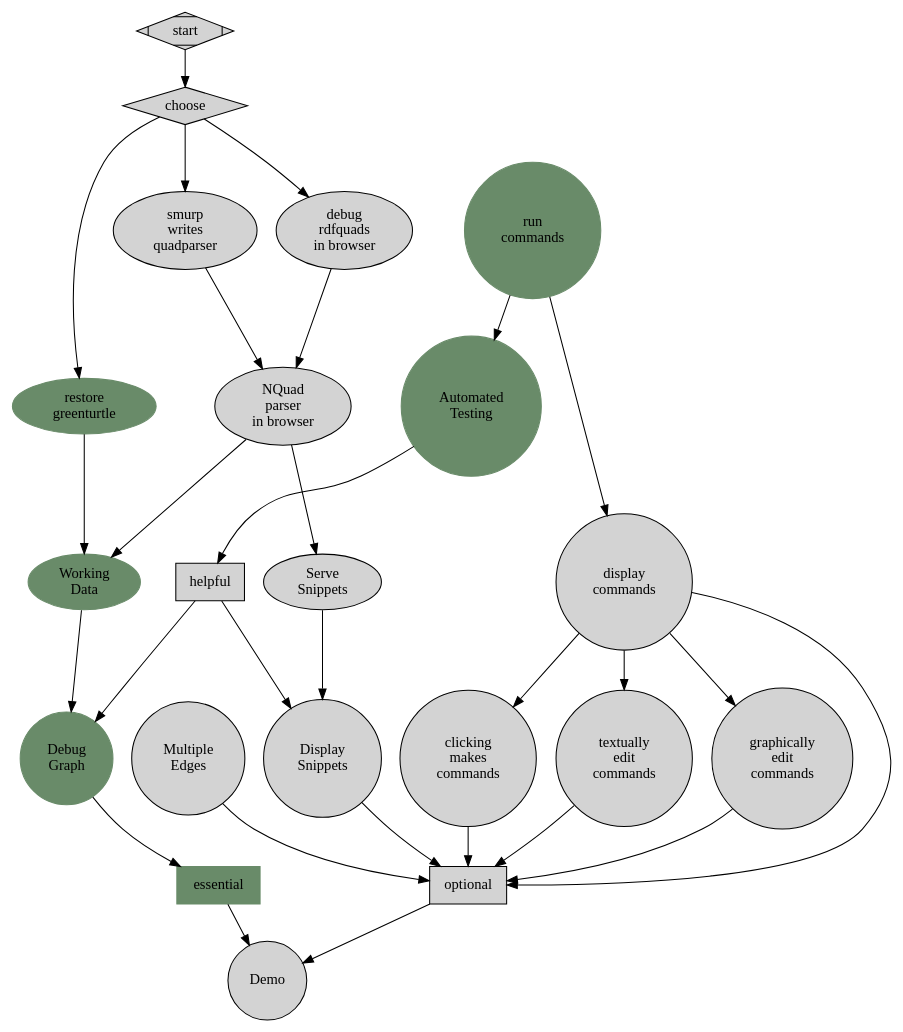
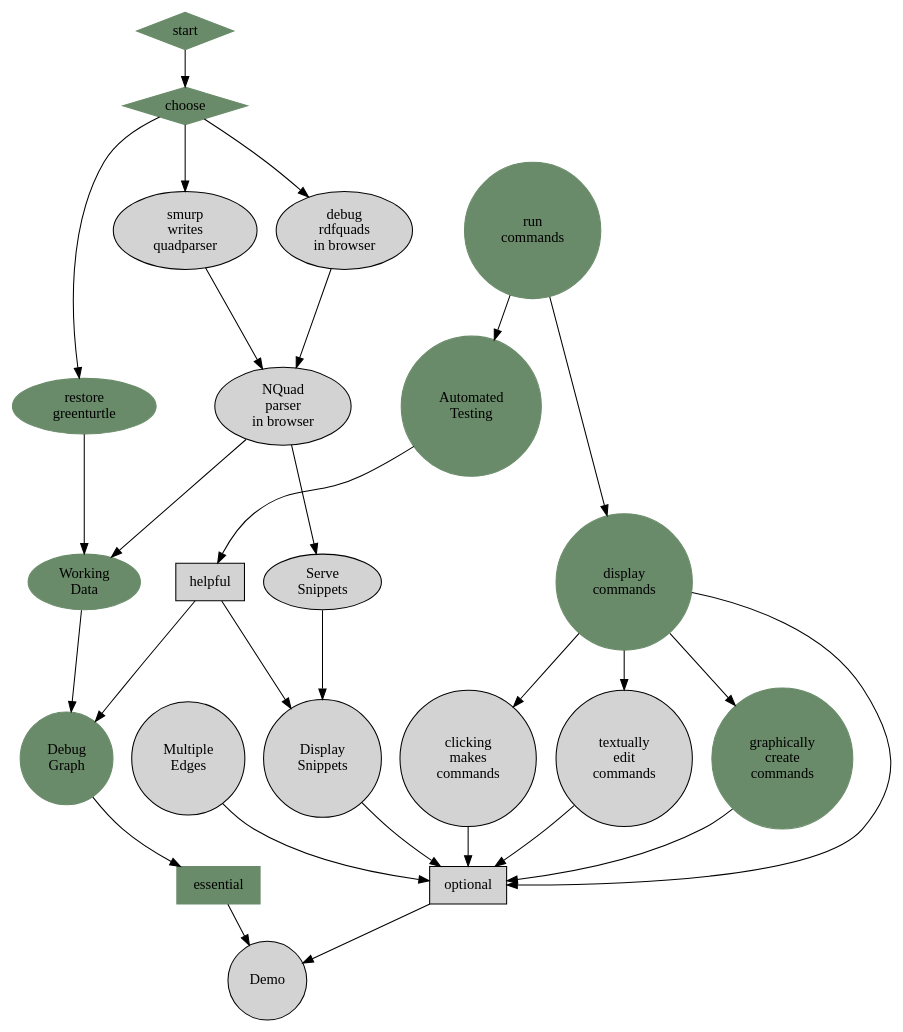
The diagram in docs/dependencies.dot (smurp/huviz), drawn with Graphviz before and after one commit. The commit also changed 2 other files, not shown here.

```diff
--- a/docs/dependencies.dot
+++ b/docs/dependencies.dot
@@ -1,88 +1,88 @@
 /*
 
    dot -T pdf -o dependencies.pdf dependencies.dot
    dot -T svg -o dependencies.svg dependencies.dot 
 
    See:
      http://www.graphviz.org/content/cluster
 
    NODE_A   enables   NODE_B;
    serve      ->      display;
 */
 
 digraph huviz_plan {
 	node [ style = filled ];
 	randkdir=LR;
 
 	subgraph qp {
 		 color=lightgrey;
 		 style=filled;
 		 label="NQuad parser";
 		 rdfquads;
 		 smurpquads;
 		 greenturtle;
 	}
 
         rdfquads[label="debug\nrdfquads\nin browser"];
 	smurpquads[label="smurp\nwrites\nquadparser"];
 
 	smurpquads -> quadpars;
 	rdfquads -> quadpars;
 	quadpars[label="NQuad\nparser\nin browser"];
 	greenturtle[label="restore\ngreenturtle",color=darkseagreen4];
 	greenturtle -> workdata;
 	
 	workdata[label="Working\nData",color=darkseagreen4];
-	start[shape=Mdiamond];
-	pickpath[label="choose",shape=diamond];
+	start[shape=Mdiamond,color=darkseagreen4];
+	pickpath[label="choose",shape=diamond,color=darkseagreen4];
 	start -> pickpath;
 	pickpath -> smurpquads;
 	pickpath -> rdfquads;
 	pickpath -> greenturtle;
 	quadpars -> workdata;
 
 	quadpars -> servsnip;
 
 	node [shape = circle];
 	dg[label="Debug\nGraph",color=darkseagreen4];
         testing[label="Automated\nTesting",color=darkseagreen4];
         essential[color=darkseagreen4,shape=rect];
 	helpful[shape=rect];
 	optional[shape=rect];
 	essential -> Demo;
 	optional -> Demo;
 	dispsnip -> optional;
 	
 	workdata -> dg;
 
 	servsnip -> dispsnip;
 	
 	dispsnip[label="Display\nSnippets"];
     	servsnip[label="Serve\nSnippets"];
 	me[label="Multiple\nEdges"];
 	dg -> essential;
 	me -> optional;
 	runcom[label="run\ncommands",color=darkseagreen4];
 	runcom -> dispcom;
         runcom -> testing;
         testing -> helpful;
 	helpful -> dispsnip;
         helpful -> dg;
 
-	dispcom[label="display\ncommands"];
+	dispcom[label="display\ncommands",color=darkseagreen4];
 
 	clkcom[label="clicking\nmakes\ncommands"];
 	dispcom -> clkcom;
 
 	txtedcom[label="textually\nedit\ncommands"];
         dispcom -> txtedcom;
 
-	gredcom[label="graphically\nedit\ncommands"];
+	gredcom[label="graphically\ncreate\ncommands",color=darkseagreen4];
 	dispcom -> gredcom;
 
 	dispcom -> optional;
 	txtedcom -> optional;
 	gredcom -> optional;
 	clkcom -> optional;
 
 }
```
